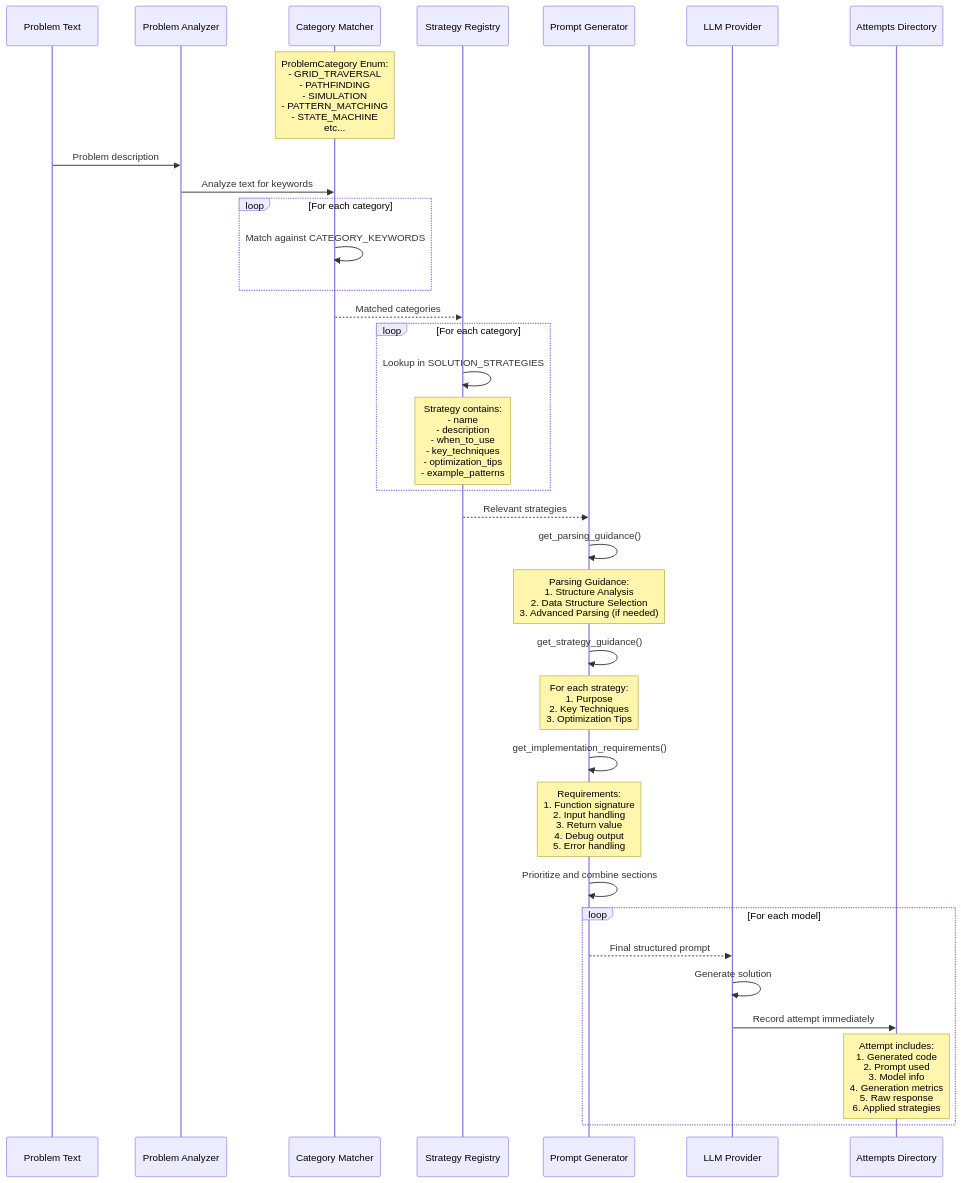
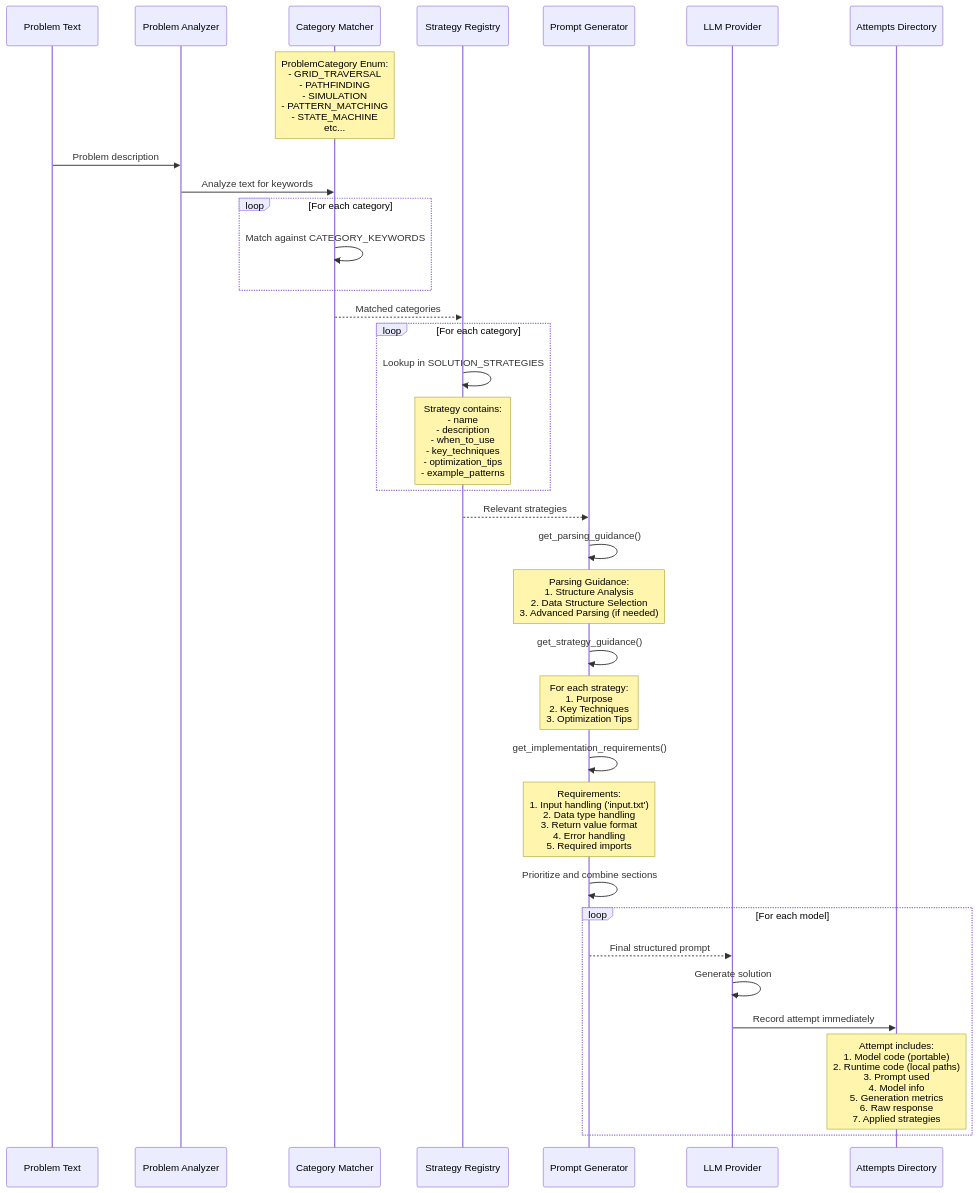
The diagram in dev/strategy-guidance.mmd (geniusworks/problem-solver), drawn with Mermaid before and after one commit. The commit also changed 1 other file, not shown here.

Commit message:
Update architecture diagrams
- Update information flow for input file handling
- Reflect code storage separation in diagrams

```diff
--- a/dev/strategy-guidance.mmd
+++ b/dev/strategy-guidance.mmd
@@ -1,44 +1,44 @@
 sequenceDiagram
     participant Problem as Problem Text
     participant Analyzer as Problem Analyzer
     participant Categories as Category Matcher
     participant Strategies as Strategy Registry
     participant Generator as Prompt Generator
     participant LLM as LLM Provider
     participant Attempts as Attempts Directory
 
     Note over Categories: ProblemCategory Enum:<br/>- GRID_TRAVERSAL<br/>- PATHFINDING<br/>- SIMULATION<br/>- PATTERN_MATCHING<br/>- STATE_MACHINE<br/>etc...
 
     Problem->>Analyzer: Problem description
     Analyzer->>Categories: Analyze text for keywords
     
     loop For each category
         Categories->>Categories: Match against CATEGORY_KEYWORDS
     end
 
     Categories-->>Strategies: Matched categories
     
     loop For each category
         Strategies->>Strategies: Lookup in SOLUTION_STRATEGIES
         Note over Strategies: Strategy contains:<br/>- name<br/>- description<br/>- when_to_use<br/>- key_techniques<br/>- optimization_tips<br/>- example_patterns
     end
 
     Strategies-->>Generator: Relevant strategies
 
     Generator->>Generator: get_parsing_guidance()
     Note over Generator: Parsing Guidance:<br/>1. Structure Analysis<br/>2. Data Structure Selection<br/>3. Advanced Parsing (if needed)
 
     Generator->>Generator: get_strategy_guidance()
     Note over Generator: For each strategy:<br/>1. Purpose<br/>2. Key Techniques<br/>3. Optimization Tips
 
     Generator->>Generator: get_implementation_requirements()
-    Note over Generator: Requirements:<br/>1. Function signature<br/>2. Input handling<br/>3. Return value<br/>4. Debug output<br/>5. Error handling
+    Note over Generator: Requirements:<br/>1. Input handling ('input.txt')<br/>2. Data type handling<br/>3. Return value format<br/>4. Error handling<br/>5. Required imports
 
     Generator->>Generator: Prioritize and combine sections
 
     loop For each model
         Generator-->>LLM: Final structured prompt
         LLM->>LLM: Generate solution
         LLM->>Attempts: Record attempt immediately
-        Note over Attempts: Attempt includes:<br/>1. Generated code<br/>2. Prompt used<br/>3. Model info<br/>4. Generation metrics<br/>5. Raw response<br/>6. Applied strategies
+        Note over Attempts: Attempt includes:<br/>1. Model code (portable)<br/>2. Runtime code (local paths)<br/>3. Prompt used<br/>4. Model info<br/>5. Generation metrics<br/>6. Raw response<br/>7. Applied strategies
     end
```
